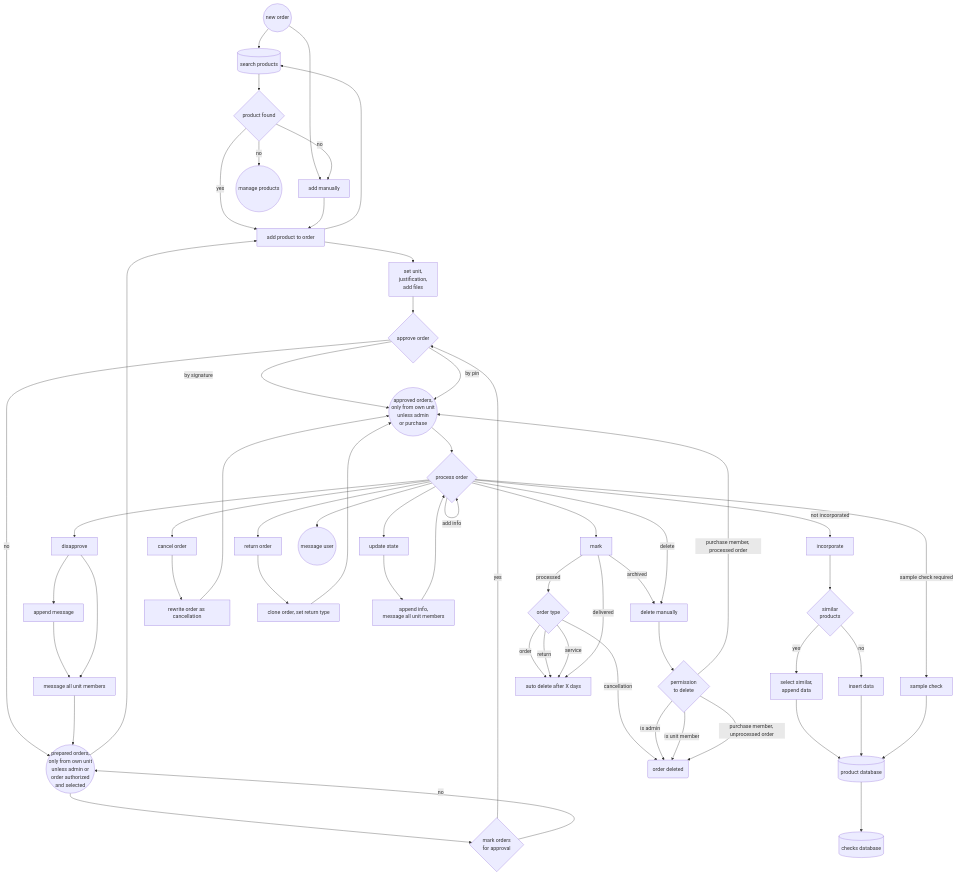
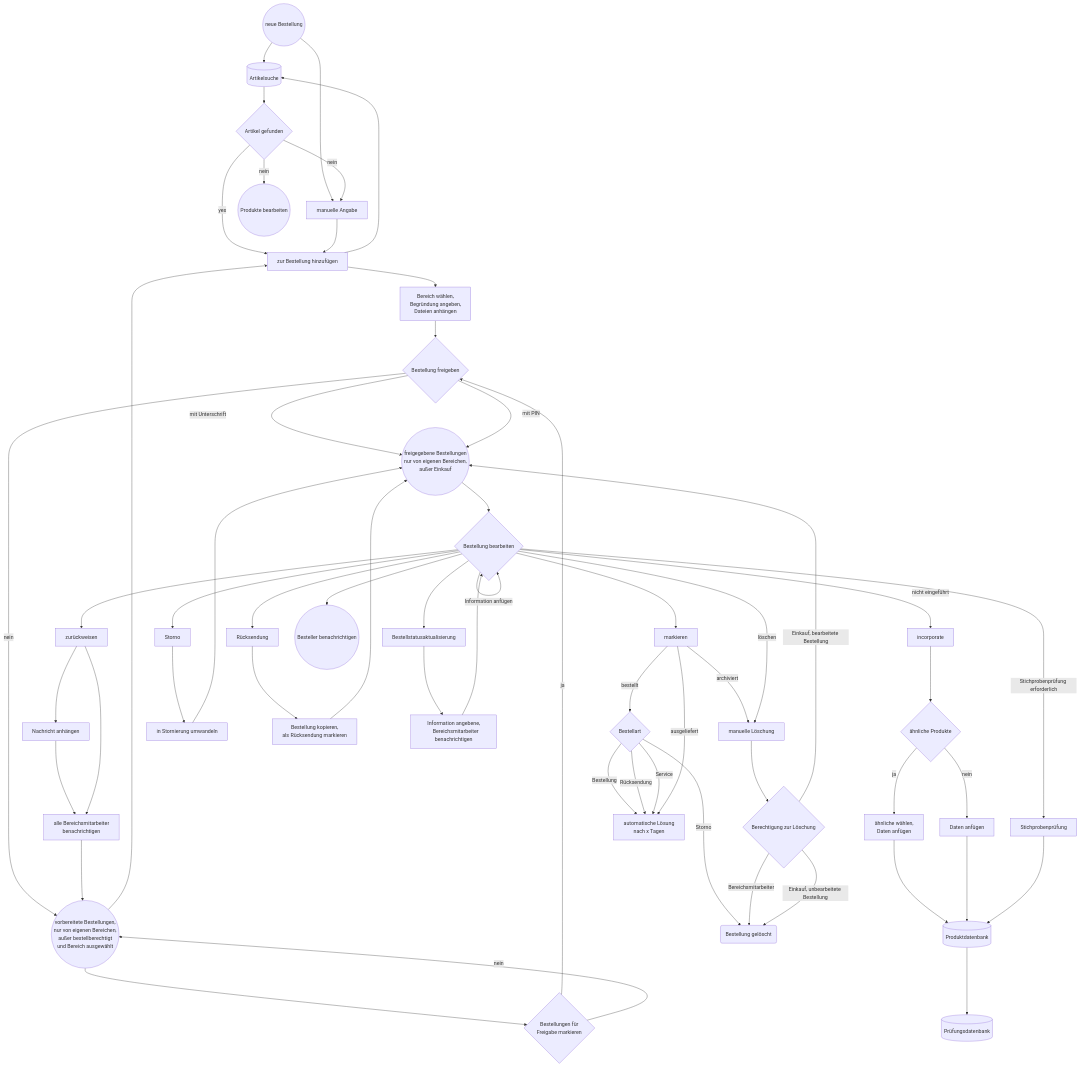
One commit to erroronline1/caro changed the seventh of 7 diagrams in readme.de.md. Above: the diagram before and after it, drawn with Mermaid. The commit also changed other lines of this file, not shown here.

````diff
--- a/readme.de.md
+++ b/readme.de.md
@@ -709,80 +706,78 @@
 ```mermaid
 graph TD;
-    new_order((new order))-->search_products[(search products)];
-    search_products-->product_found{product found};
-    product_found-->|yes|add_product[add product to order];
-    new_order-->add_manually[add manually];
-    product_found-->|no|add_manually;
-    product_found-->|no|manage_products((manage products));
+    new_order((neue Bestellung))-->search_products[(Artikelsuche)];
+    search_products-->product_found{Artikel gefunden};
+    product_found-->|yes|add_product[zur Bestellung hinzufügen];
+    new_order-->add_manually[manuelle Angabe];
+    product_found-->|nein|add_manually;
+    product_found-->|nein|manage_products((Produkte bearbeiten));
     add_manually-->add_product;
     add_product-->search_products;
-    add_product-->add_info["set unit,
-    justification,
-    add files"];
-    add_info-->approve_order{approve order};
-    approve_order-->|by signature|approved_orders(("approved orders,
-    only from own unit
-    unless admin
-    or purchase"));
-    approve_order-->|by pin|approved_orders;
-    approve_order-->|no|prepared_orders(("prepared orders,
-    only from own unit
-    unless admin or
-    order authorized
-    and selected"));
+    add_product-->add_info["Bereich wählen,
+    Begründung angeben,
+    Dateien anhängen"];
+    add_info-->approve_order{Bestellung freigeben};
+    approve_order-->|mit Unterschrift|approved_orders(("freigegebene Bestellungen
+    nur von eigenen Bereichen,
+    außer Einkauf"));
+    approve_order-->|mit PIN|approved_orders;
+    approve_order-->|nein|prepared_orders(("vorbereitete Bestellungen,
+    nur von eigenen Bereichen,
+    außer bestellberechtigt
+    und Bereich ausgewählt"));
 
-    approved_orders-->process_order{process order};
-    process_order-->disapprove[disapprove];
-    disapprove-->append_message[append message];
-    append_message-->message_unit[message all unit members];
+    approved_orders-->process_order{Bestellung bearbeiten};
+    process_order-->disapprove[zurückweisen];
+    disapprove-->append_message[Nachricht anhängen];
+    append_message-->message_unit["alle Bereichsmitarbeiter
+    benachrichtigen"];
     disapprove-->message_unit;
     message_unit-->prepared_orders;
 
-    process_order-->|not incorporated|incorporate;
-    incorporate-->incorporate_similar{"similar
-    products"};
-    incorporate_similar-->|yes|select_similar["select similar,
-    append data"];
-    select_similar-->productdb[(product database)]
-    incorporate_similar-->|no|insert_data[insert data];
-    insert_data-->productdb[(product database)];
-    productdb[(product database)]-->checksdb[(checks database)];
+    process_order-->|nicht eingeführt|incorporate;
+    incorporate-->incorporate_similar{"ähnliche Produkte"};
+    incorporate_similar-->|ja|select_similar["ähnliche wählen,
+    Daten anfügen"];
+    select_similar-->productdb[(Produktdatenbank)]
+    incorporate_similar-->|nein|insert_data[Daten anfügen];
+    insert_data-->productdb;
+    productdb-->checksdb[(Prüfungsdatenbank)];
 
-    process_order-->|sample check required|sample_check[sample check];
-    sample_check-->productdb[(product database)];
+    process_order-->|Stichprobenprüfung erforderlich|sample_check[Stichprobenprüfung];
+    sample_check-->productdb;
 
-    process_order-->mark[mark];
-    mark-->|processed|order_type{order type};
-    order_type-->|order|auto_delete[auto delete after X days];
-    order_type-->|return|auto_delete;
-    order_type-->|service|auto_delete;
-    order_type-->|cancellation|order_deleted(order deleted)
-    mark-->|delivered|auto_delete;
-    mark-->|archived|delete[delete manually];
-    process_order-->|delete|delete;
-    process_order-->cancel_order[cancel order];
-    cancel_order-->rewrite_cancel[rewrite order as cancellation];
+    process_order-->mark[markieren];
+    mark-->|bestellt|order_type{Bestellart};
+    order_type-->|Bestellung|auto_delete[automatische Lösung
+    nach x Tagen];
+    order_type-->|Rücksendung|auto_delete;
+    order_type-->|Service|auto_delete;
+    order_type-->|Storno|order_deleted(Bestellung gelöscht)
+    mark-->|ausgeliefert|auto_delete;
+    mark-->|archiviert|delete[manuelle Löschung];
+    process_order-->|löschen|delete;
+    process_order-->cancel_order[Storno];
+    cancel_order-->rewrite_cancel[in Stornierung umwandeln];
     rewrite_cancel-->approved_orders;
-    process_order-->return_order[return order];
-    return_order-->clone_order[clone order, set return type];
+    process_order-->return_order[Rücksendung];
+    return_order-->clone_order["Bestellung kopieren,
+    als Rücksendung markieren"];
     clone_order-->approved_orders
-    delete-->delete_permission{"permission
-    to delete"};
-    delete_permission-->|is admin|order_deleted;
-    delete_permission-->|is unit member|order_deleted;
-    delete_permission-->|purchase member, unprocessed order|order_deleted;
-    delete_permission-->|purchase member, processed order|approved_orders;
-    process_order-->update_state[update state];
-    update_state-->append_inform["append info,
-    message all unit members"];
+    delete-->delete_permission{"Berechtigung zur Löschung"};
+    delete_permission-->|Bereichsmitarbeiter|order_deleted;
+    delete_permission-->|Einkauf, unbearbeitete Bestellung|order_deleted;
+    delete_permission-->|Einkauf, bearbeitete Bestellung|approved_orders;
+    process_order-->update_state[Bestellstatusaktualisierung];
+    update_state-->append_inform["Information angebene,
+    Bereichsmitarbeiter benachrichtigen"];
     append_inform-->process_order
     
-    process_order-->|add info|process_order;
-    process_order-->message((message user))
+    process_order-->|Information anfügen|process_order;
+    process_order-->message((Besteller benachrichtigen))
 
-    prepared_orders-->mark_bulk{"mark orders
-    for approval"};
-    mark_bulk-->|yes|approve_order;
-    mark_bulk-->|no|prepared_orders;
+    prepared_orders-->mark_bulk{"Bestellungen für
+    Freigabe markieren"};
+    mark_bulk-->|ja|approve_order;
+    mark_bulk-->|nein|prepared_orders;
     prepared_orders-->add_product;
 ```
````
